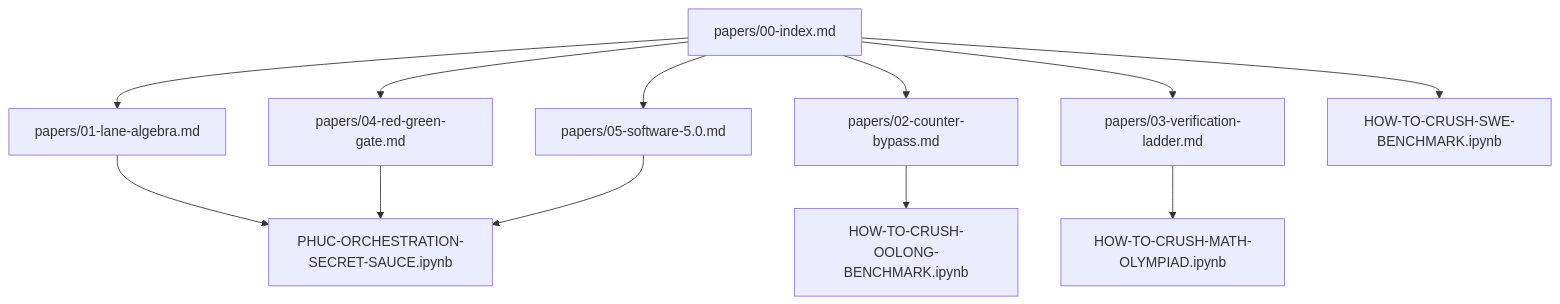
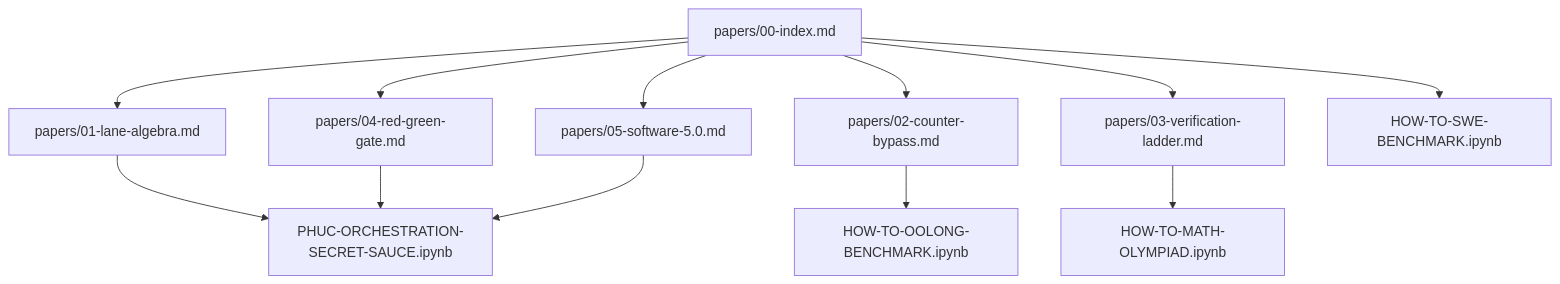
Before and after one commit to phuctruong/stillwater: the first of 2 diagrams in papers/README.md, drawn with Mermaid. The commit also changed other lines of this file and 238 other files, not shown here.

````diff
--- a/papers/README.md
+++ b/papers/README.md
@@ -9,16 +11,16 @@
 ```mermaid
 flowchart TB
   IDX["papers/00-index.md"] --> LA["papers/01-lane-algebra.md"]
   IDX --> CB["papers/02-counter-bypass.md"]
   IDX --> VL["papers/03-verification-ladder.md"]
   IDX --> RG["papers/04-red-green-gate.md"]
   IDX --> SW["papers/05-software-5.0.md"]
 
   LA --> N3["PHUC-ORCHESTRATION-SECRET-SAUCE.ipynb"]
-  CB --> N1["HOW-TO-CRUSH-OOLONG-BENCHMARK.ipynb"]
-  VL --> N2["HOW-TO-CRUSH-MATH-OLYMPIAD.ipynb"]
+  CB --> N1["HOW-TO-OOLONG-BENCHMARK.ipynb"]
+  VL --> N2["HOW-TO-MATH-OLYMPIAD.ipynb"]
   RG --> N3
   SW --> N3
 
-  IDX --> SWE["HOW-TO-CRUSH-SWE-BENCHMARK.ipynb"]
+  IDX --> SWE["HOW-TO-SWE-BENCHMARK.ipynb"]
 ```
````
